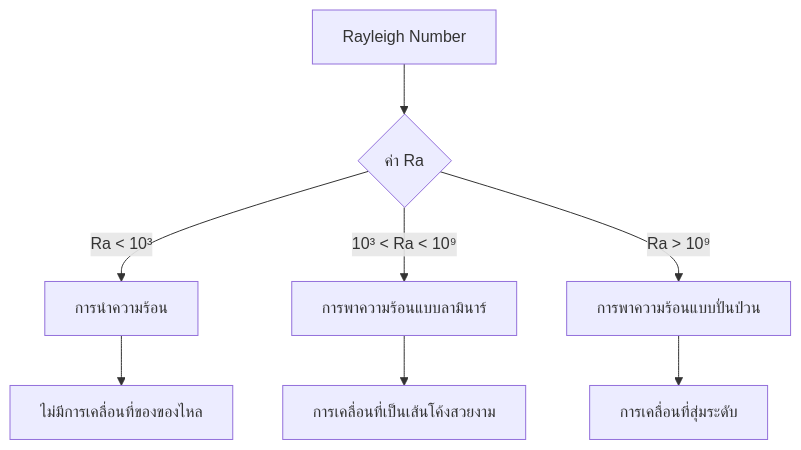
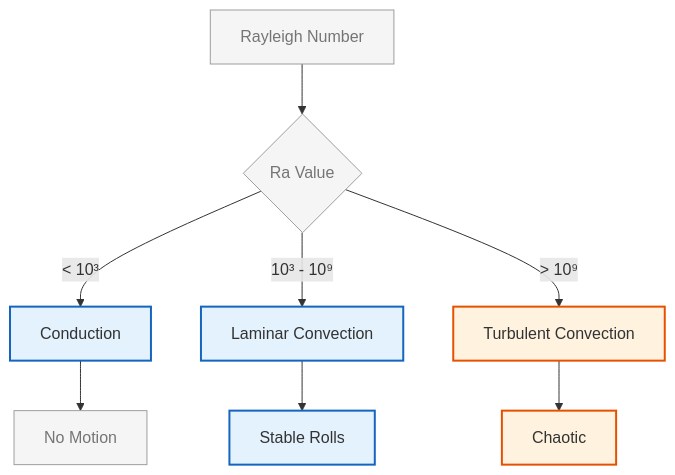
One commit to wramet/build-my-cfd changed the diagram in MODULE_03_SINGLE_PHASE_FLOW/CONTENT/04_HEAT_TRANSFER/03_Buoyancy_Driven_Flows.md. Above: the diagram before and after it, drawn with Mermaid. The commit also changed 313 other files, not shown here.

Commit message:
Revise all diagram

````diff
--- a/MODULE_03_SINGLE_PHASE_FLOW/CONTENT/04_HEAT_TRANSFER/03_Buoyancy_Driven_Flows.md
+++ b/MODULE_03_SINGLE_PHASE_FLOW/CONTENT/04_HEAT_TRANSFER/03_Buoyancy_Driven_Flows.md
@@ -104,11 +104,15 @@
 ```mermaid
 flowchart TD
-    A[Rayleigh Number] --> B{ค่า Ra}
-    B -->|Ra < 10³| C[การนำความร้อน]
-    B -->|10³ < Ra < 10⁹| D[การพาความร้อนแบบลามินาร์]
-    B -->|Ra > 10⁹| E[การพาความร้อนแบบปั่นป่วน]
-
-    C --> F[ไม่มีการเคลื่อนที่ของของไหล]
-    D --> G[การเคลื่อนที่เป็นเส้นโค้งสวยงาม]
-    E --> H[การเคลื่อนที่สุ่มระดับ]
+%% Classes
+classDef explicit fill:#fff3e0,stroke:#e65100,stroke-width:2px;
+classDef implicit fill:#e3f2fd,stroke:#1565c0,stroke-width:2px;
+classDef context fill:#f5f5f5,stroke:#9e9e9e,stroke-width:1px,color:#757575;
+%% Nodes
+A[Rayleigh Number]:::context --> B{Ra Value}:::context
+B -->|< 10³| C[Conduction]:::implicit
+B -->|10³ - 10⁹| D[Laminar Convection]:::implicit
+B -->|> 10⁹| E[Turbulent Convection]:::explicit
+C --> F[No Motion]:::context
+D --> G[Stable Rolls]:::implicit
+E --> H[Chaotic]:::explicit
 ```
````
